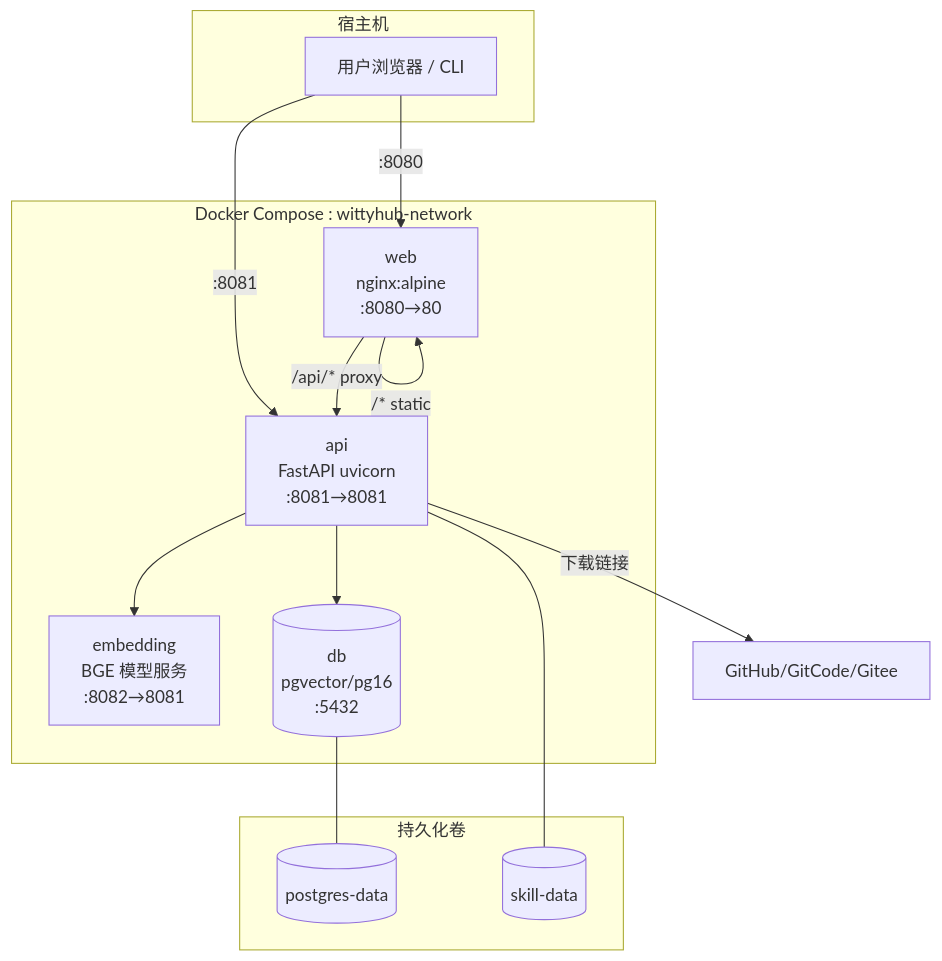
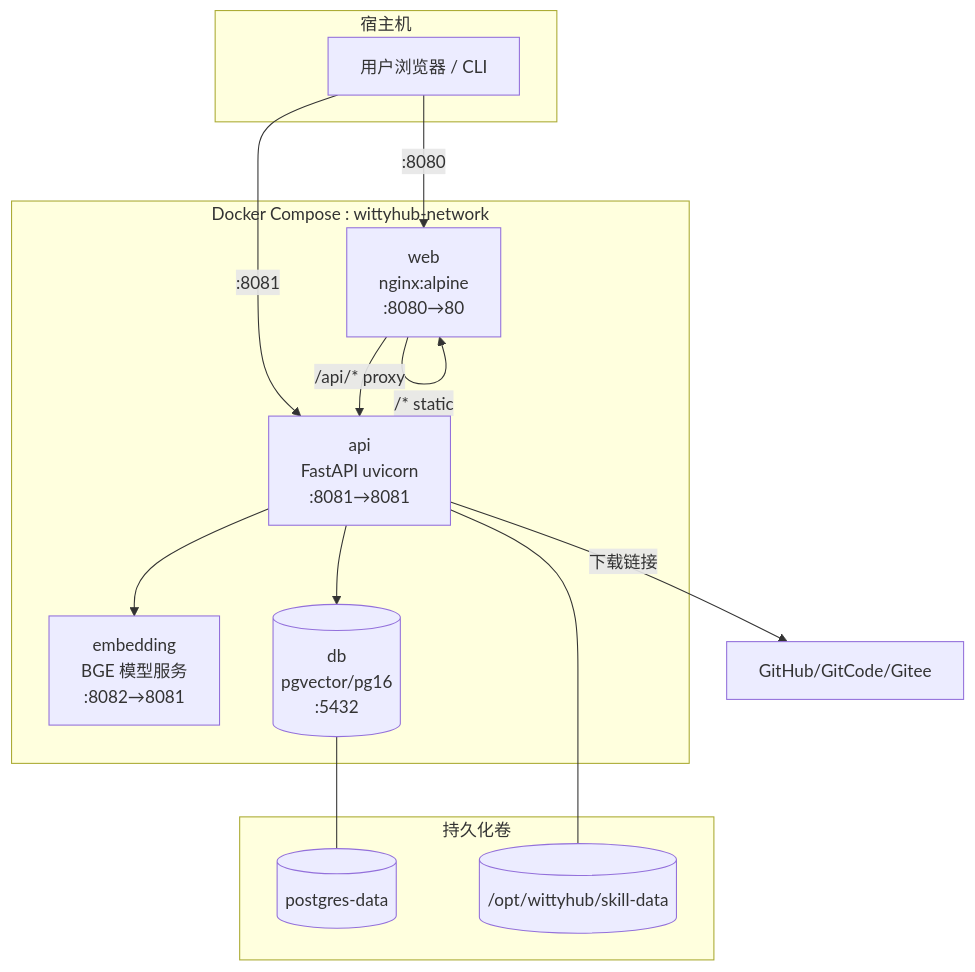
Before and after one commit to openeuler-mirror/wittyhub: the fifth of 9 diagrams in doc/design/wittyhub-implementation-plan.md, drawn with Mermaid. The commit also changed other lines of this file and 7 other files, not shown here.

Commit message:
chore(config): 统一存储路径为 /opt/wittyhub/skill-data

````diff
--- a/doc/design/wittyhub-implementation-plan.md
+++ b/doc/design/wittyhub-implementation-plan.md
@@ -453,29 +453,29 @@
 ```mermaid
 graph TB
     subgraph 宿主机
         U[用户浏览器 / CLI]
     end
 
     subgraph Docker Compose : wittyhub-network
         NG[web<br/>nginx:alpine<br/>:8080→80]
         API[api<br/>FastAPI uvicorn<br/>:8081→8081]
         EMB[embedding<br/>BGE 模型服务<br/>:8082→8081]
         DB[(db<br/>pgvector/pg16<br/>:5432)]
     end
 
     U -->|:8080| NG
     U -->|:8081| API
     NG -->|/api/* proxy| API
     NG -->|/* static| NG
     API --> DB
     API --> EMB
     API -->|下载链接| EXT[GitHub/GitCode/Gitee]
 
     subgraph 持久化卷
         V1[(postgres-data)]
-        V2[(skill-data)]
+        V2[(/opt/wittyhub/skill-data)]
     end
 
     DB --- V1
     API --- V2
 ```
````
